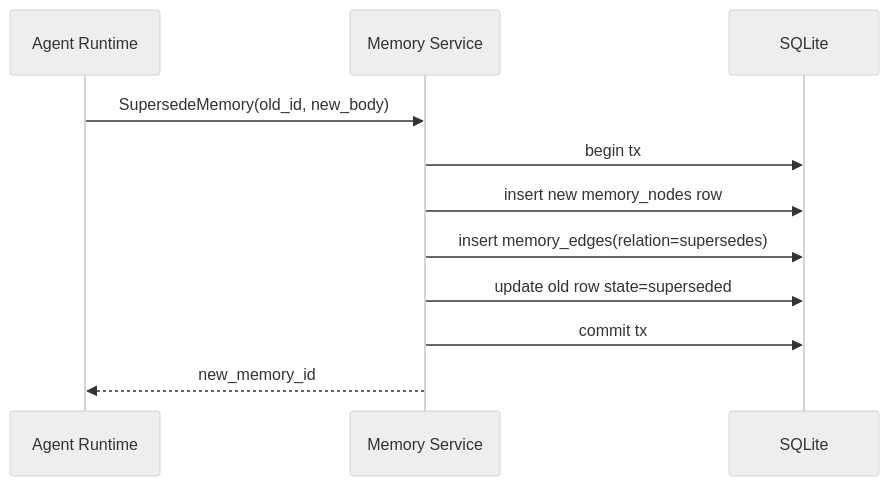
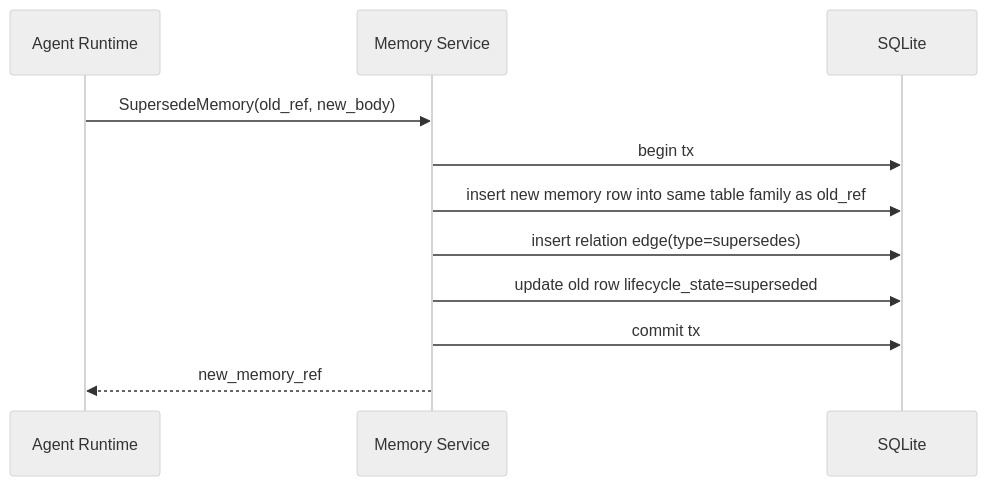
The sixth of 8 diagrams in docs/architecture/workflows.md (Taku315o/crdt-agent-memory), drawn with Mermaid (neutral theme) before and after one commit. The commit also changed other lines of this file and 10 other files, not shown here.

````diff
--- a/docs/architecture/workflows.md
+++ b/docs/architecture/workflows.md
@@ -173,14 +218,14 @@
 ```mermaid
 sequenceDiagram
     participant Agent as Agent Runtime
     participant API as Memory Service
     participant DB as SQLite
 
-    Agent->>API: SupersedeMemory(old_id, new_body)
+    Agent->>API: SupersedeMemory(old_ref, new_body)
     API->>DB: begin tx
-    API->>DB: insert new memory_nodes row
-    API->>DB: insert memory_edges(relation=supersedes)
-    API->>DB: update old row state=superseded
+    API->>DB: insert new memory row into same table family as old_ref
+    API->>DB: insert relation edge(type=supersedes)
+    API->>DB: update old row lifecycle_state=superseded
     API->>DB: commit tx
-    API-->>Agent: new_memory_id
+    API-->>Agent: new_memory_ref
 ```
````
